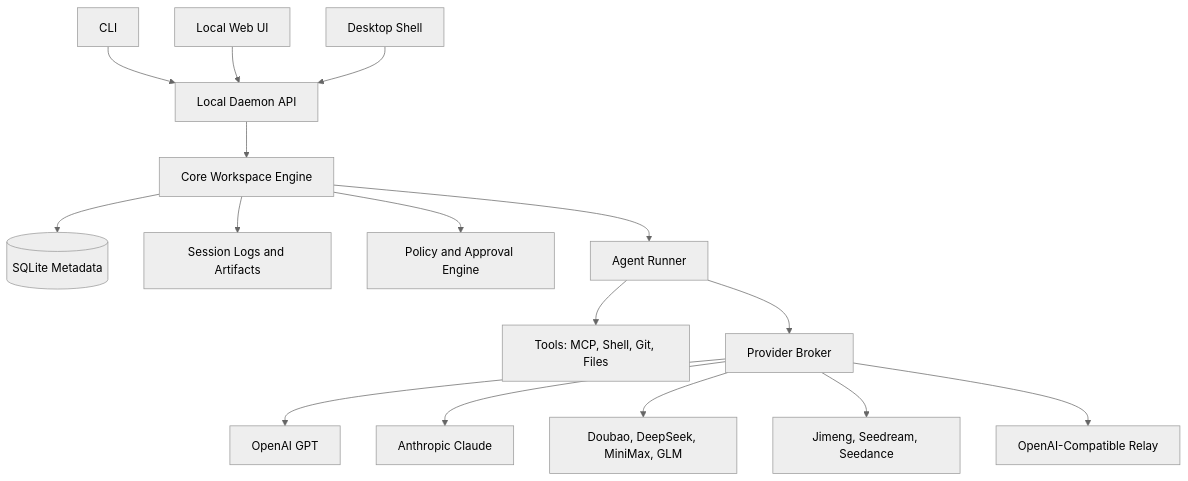
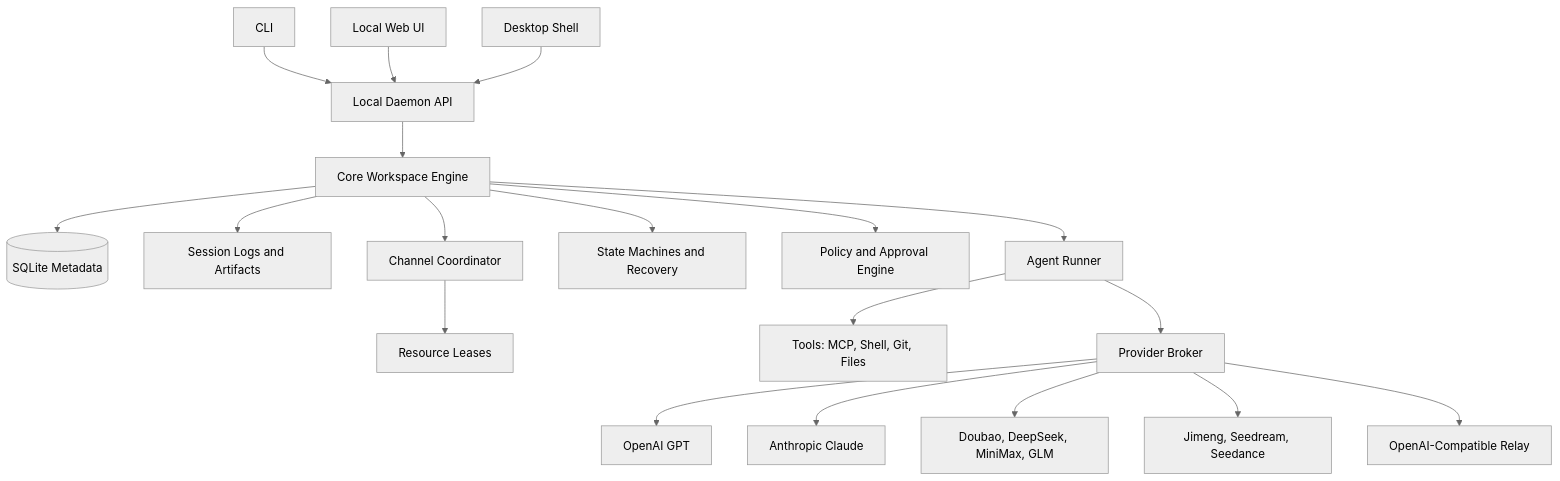
One commit to ling-stack-org/ling-stack changed the diagram in docs/architecture.md. Above: the diagram before and after it, drawn with Mermaid (neutral theme). The commit also changed other lines of this file and 136 other files, not shown here.

First line of the commit message:
feat: modularize ling platform architecture

````diff
--- a/docs/architecture.md
+++ b/docs/architecture.md
@@ -13,18 +13,21 @@
 ```mermaid
 flowchart TD
   CLI[CLI] --> API[Local Daemon API]
   Web[Local Web UI] --> API
   Desktop[Desktop Shell] --> API
   API --> Core[Core Workspace Engine]
   Core --> Store[(SQLite Metadata)]
   Core --> Files[Session Logs and Artifacts]
+  Core --> Coordinator[Channel Coordinator]
+  Core --> State[State Machines and Recovery]
+  Coordinator --> Leases[Resource Leases]
   Core --> Policy[Policy and Approval Engine]
   Core --> Runner[Agent Runner]
   Runner --> Tools[Tools: MCP, Shell, Git, Files]
   Runner --> Providers[Provider Broker]
   Providers --> OpenAI[OpenAI GPT]
   Providers --> Claude[Anthropic Claude]
   Providers --> Domestic[Doubao, DeepSeek, MiniMax, GLM]
   Providers --> Media[Jimeng, Seedream, Seedance]
   Providers --> Relay[OpenAI-Compatible Relay]
 ```
````
